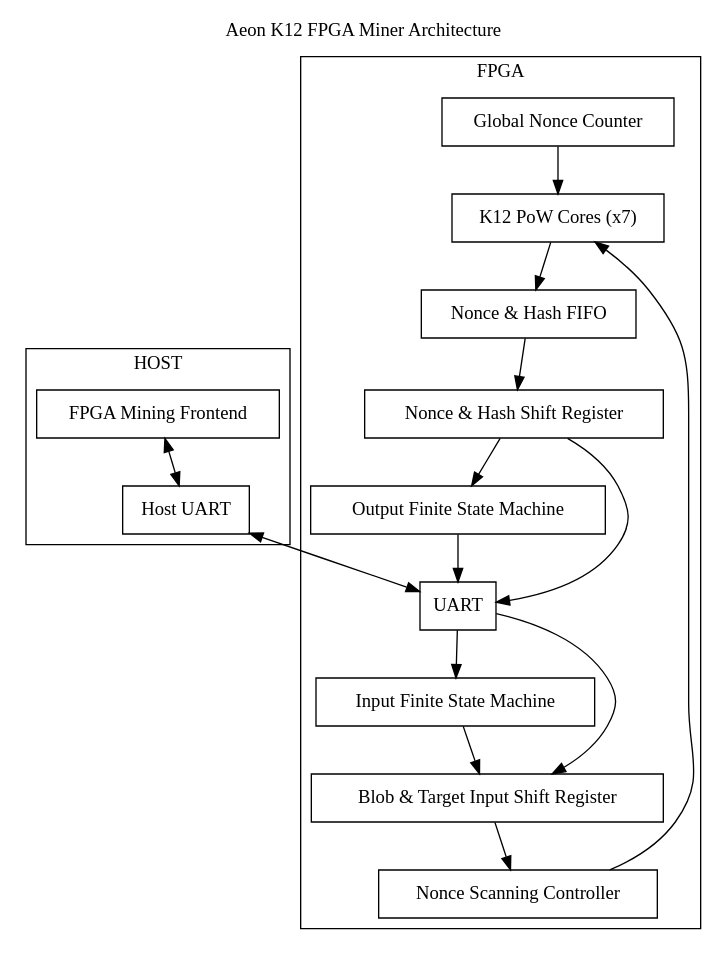
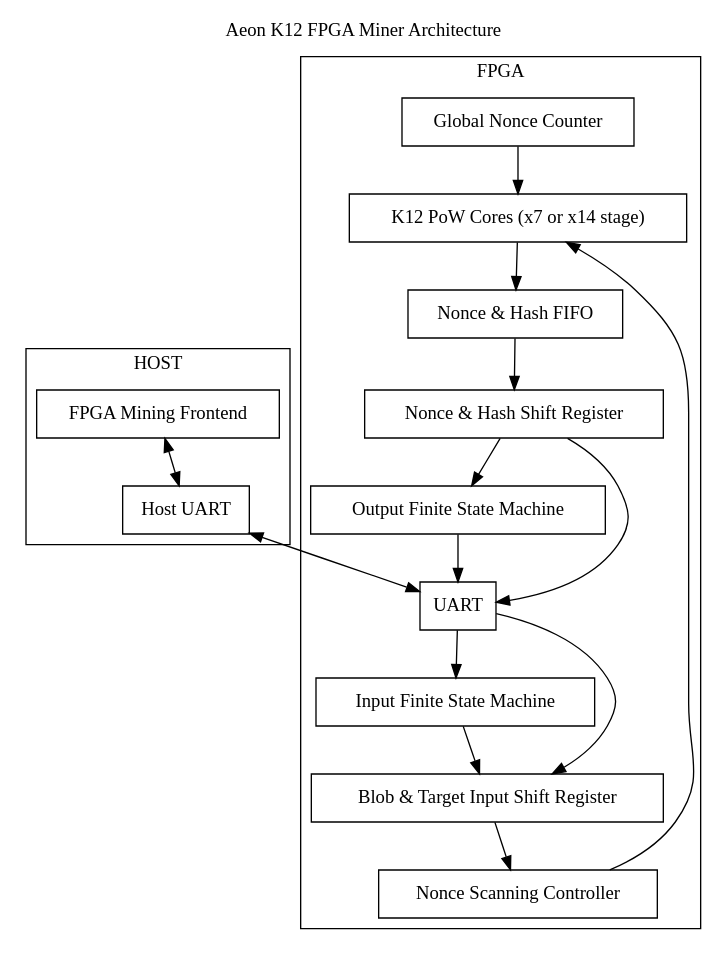
The diagram in arch.dot (NeoChen1024/Aeon-K12-FPGA-Miner), drawn with Graphviz before and after one commit. The commit also changed 2 other files, not shown here.

Commit message:
corrected pipeline stage number

```diff
--- a/arch.dot
+++ b/arch.dot
@@ -1,41 +1,41 @@
 digraph "Aeon K12 FPGA Miner Architecture"
 {
 	labelloc="t";
 	label="Aeon K12 FPGA Miner Architecture";
 	rankdir=TD
 	node [shape=box]
-	pow [label="K12 PoW Cores (x7)"]
+	pow [label="K12 PoW Cores (x7 or x14 stage)"]
 	nsc [label="Nonce Scanning Controller"]
 	ifsm [label="Input Finite State Machine"]
 	ofsm [label="Output Finite State Machine"]
 	uart [label="UART"]
 	fifo [label="Nonce & Hash FIFO"]
 	bisr [label="Blob & Target Input Shift Register"]
 	nhsr [label="Nonce & Hash Shift Register"]
 	gctr [label="Global Nonce Counter"]
 
 	frontend [label="FPGA Mining Frontend"]
 	host_uart [label="Host UART"]
 
 	subgraph cluster_fpga {
 		label = "FPGA";
 
 		uart -> ifsm
 		ofsm -> uart
 		ifsm -> bisr
 		uart -> bisr
 		bisr -> nsc
 		nsc -> pow
 		pow -> fifo
 		fifo -> nhsr
 		nhsr -> ofsm
 		nhsr -> uart
 		gctr -> pow
 	}
 	subgraph cluster_host {
 		label = "HOST";
 
 		frontend -> host_uart [dir=both]
 		host_uart -> uart [dir=both]
 	}
 }
```
